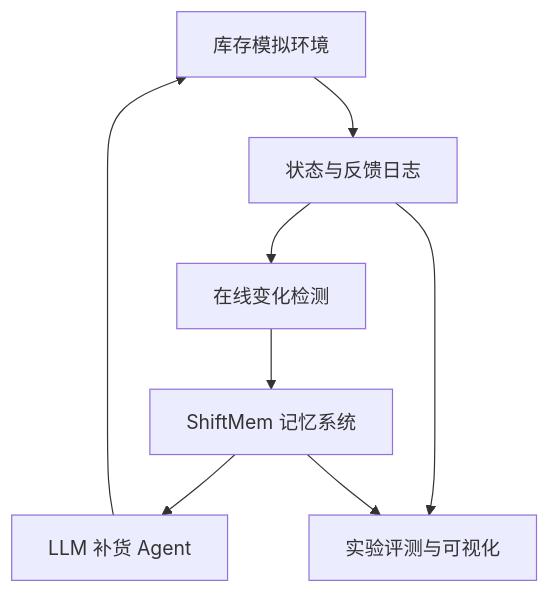
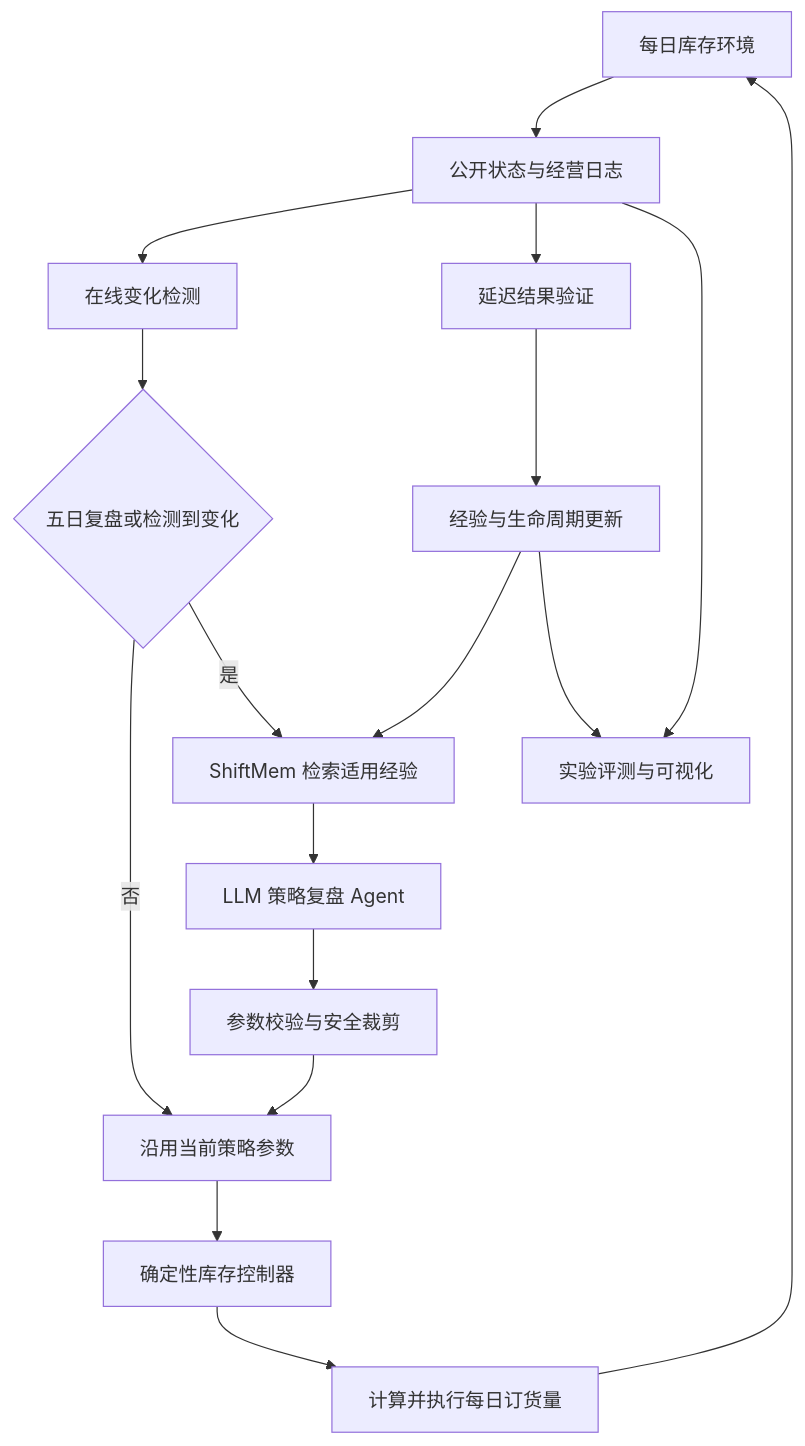
One commit to QCYTSN/Shiftmem changed the first of 2 diagrams in ShiftMem_Implementation_Spec.md. Above: the diagram before and after it, drawn with Mermaid. The commit also changed other lines of this file and 8 other files, not shown here.

````diff
--- a/ShiftMem_Implementation_Spec.md
+++ b/ShiftMem_Implementation_Spec.md
@@ -92,10 +95,19 @@
 ```mermaid
 flowchart TD
-    A[库存模拟环境] --> B[状态与反馈日志]
+    A[每日库存环境] --> B[公开状态与经营日志]
     B --> C[在线变化检测]
-    C --> D[ShiftMem 记忆系统]
-    D --> E[LLM 补货 Agent]
-    E --> A
-    B --> F[实验评测与可视化]
-    D --> F
+    C --> D{五日复盘或检测到变化}
+    D -->|否| E[沿用当前策略参数]
+    D -->|是| F[ShiftMem 检索适用经验]
+    F --> G[LLM 策略复盘 Agent]
+    G --> H[参数校验与安全裁剪]
+    H --> E
+    E --> I[确定性库存控制器]
+    I --> J[计算并执行每日订货量]
+    J --> A
+    B --> K[延迟结果验证]
+    K --> L[经验与生命周期更新]
+    L --> F
+    B --> M[实验评测与可视化]
+    L --> M
 ```
````
